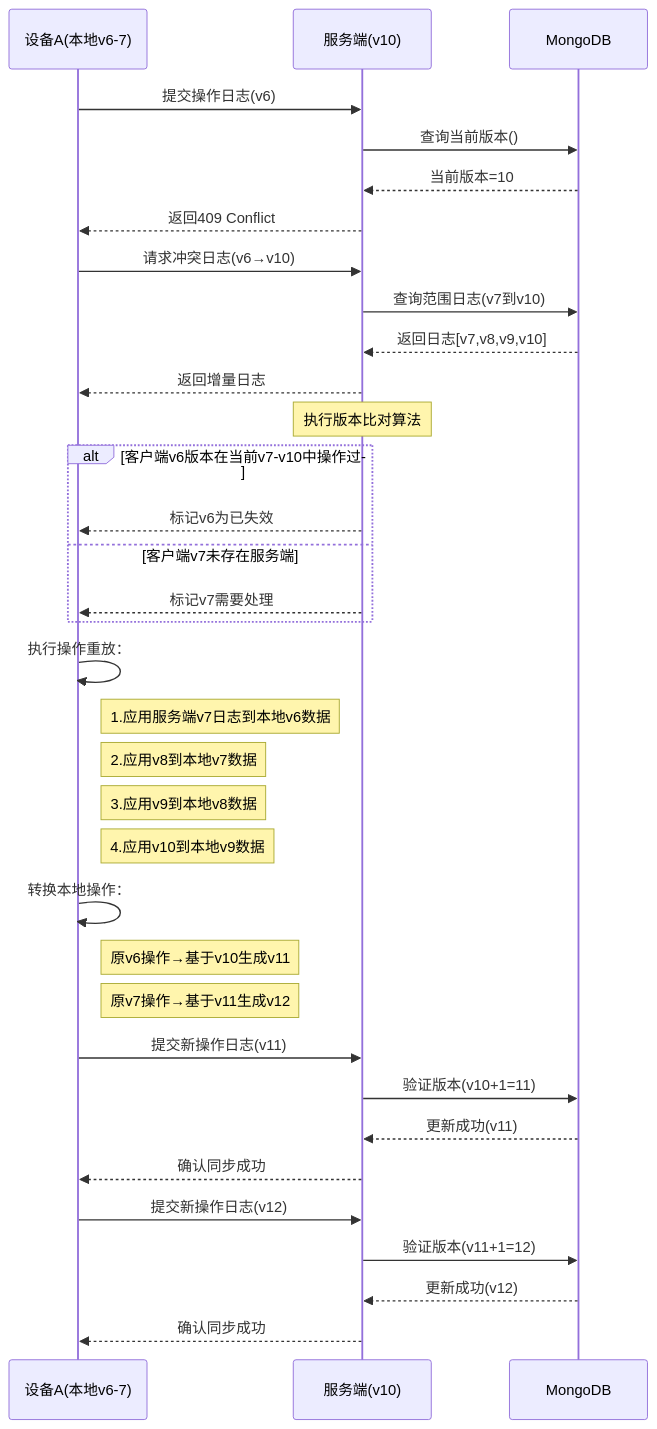
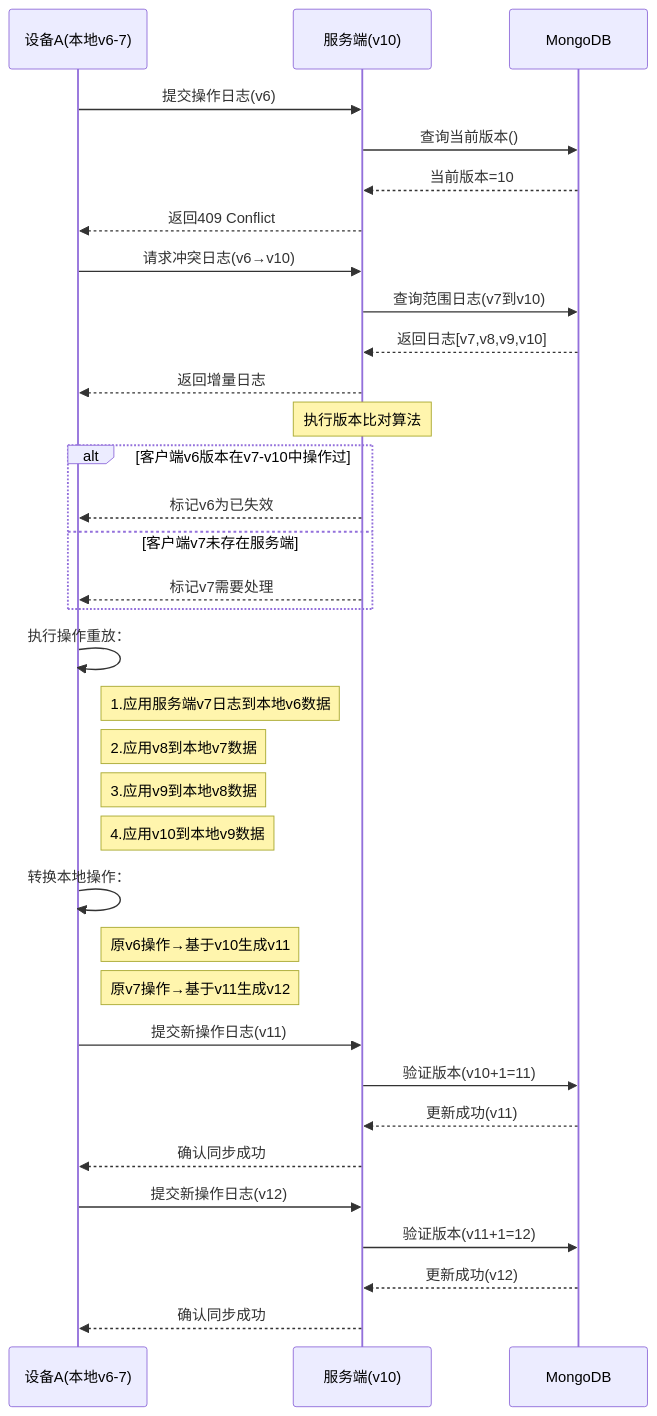
Before and after one commit to yingjianzh/iodraw-files: the diagram in all/未命名-26.md, drawn with Mermaid.

Commit message:
2025-02-26 16:47:40 update

````diff
--- a/all/未命名-26.md
+++ b/all/未命名-26.md
@@ -1,49 +1,49 @@
 ```mermaid
 sequenceDiagram
     participant A as 设备A(本地v6-7)
     participant S as 服务端(v10)
     participant DB as MongoDB
 
     %% 初始同步尝试
     A->>S: 提交操作日志(v6)
     S->>DB: 查询当前版本()
     DB-->>S: 当前版本=10
     S-->>A: 返回409 Conflict
 
     %% 冲突解决阶段
     A->>S: 请求冲突日志(v6→v10)
     S->>DB: 查询范围日志(v7到v10)
     DB-->>S: 返回日志[v7,v8,v9,v10]
     S-->>A: 返回增量日志
 
 
     Note over S: 执行版本比对算法
-    alt 客户端v6版本在当前v7-v10中操作过
+    alt 客户端v6版本在v7-v10中操作过
         S-->>A: 标记v6为已失效
     else 客户端v7未存在服务端
         S-->>A: 标记v7需要处理
     end
 
     %% 本地数据重建
     A->>A: 执行操作重放：
     note right of A: 1.应用服务端v7日志到本地v6数据
     note right of A: 2.应用v8到本地v7数据
     note right of A: 3.应用v9到本地v8数据
     note right of A: 4.应用v10到本地v9数据
 
     %% 本地操作转换
     A->>A: 转换本地操作：
     note right of A: 原v6操作→基于v10生成v11
     note right of A: 原v7操作→基于v11生成v12
 
     %% 重新提交
     A->>S: 提交新操作日志(v11)
     S->>DB: 验证版本(v10+1=11)
     DB-->>S: 更新成功(v11)
     S-->>A: 确认同步成功
 
     A->>S: 提交新操作日志(v12)
     S->>DB: 验证版本(v11+1=12)
     DB-->>S: 更新成功(v12)
     S-->>A: 确认同步成功
 ```
````
